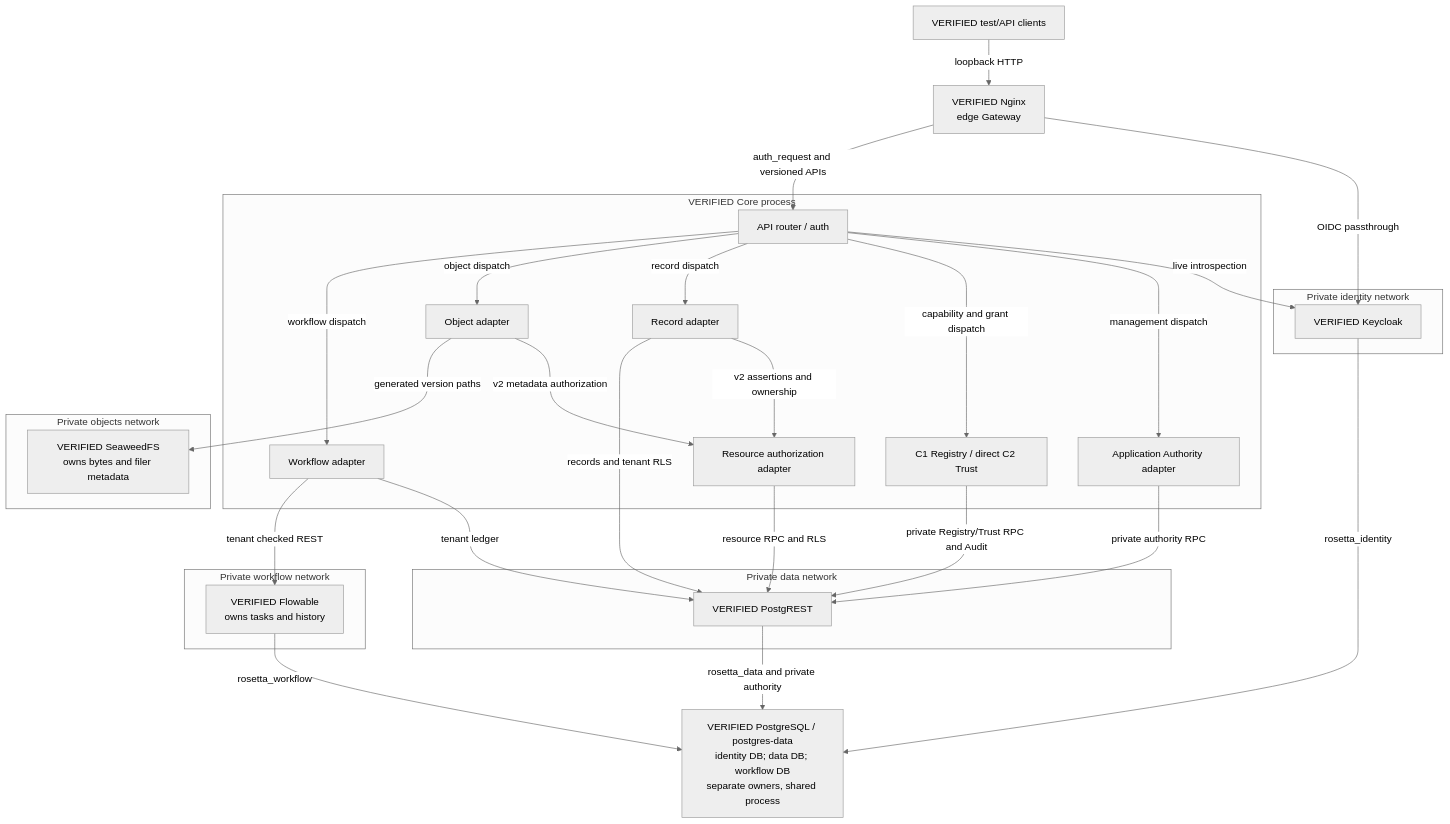
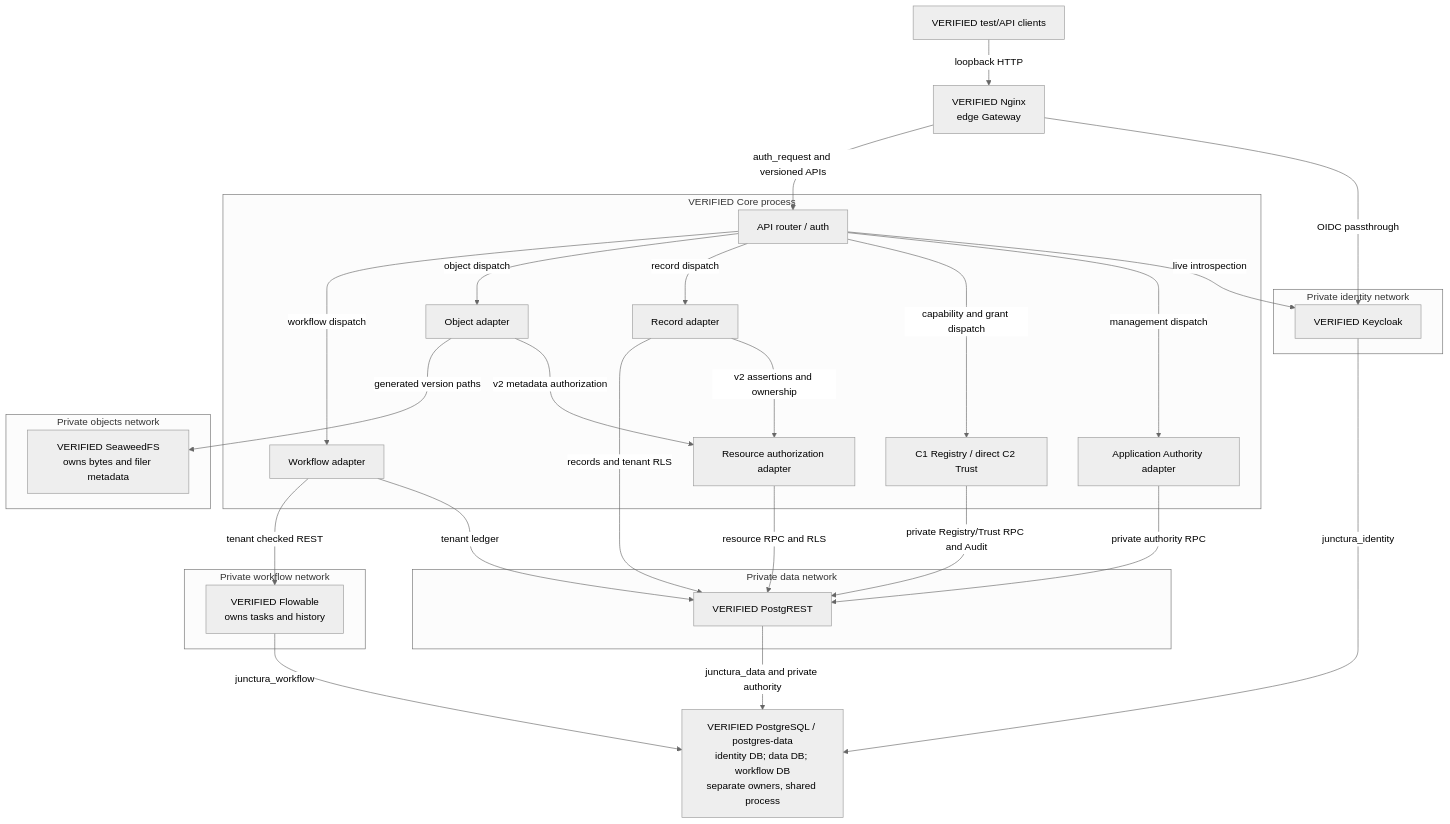
The second of 8 diagrams in docs/architecture/ARCHITECTURE_MAPS.md (NHMNDaizoken/Rosetta), drawn with Mermaid (neutral theme) before and after one commit. The commit also changed other lines of this file and 165 other files, not shown here.

Commit message:
refactor!: rename Rosetta to Junctura across code, database, realm and URNs

````diff
--- a/docs/architecture/ARCHITECTURE_MAPS.md
+++ b/docs/architecture/ARCHITECTURE_MAPS.md
@@ -49,46 +49,46 @@
 ```mermaid
 flowchart TB
   TEST["VERIFIED test/API clients"] -->|loopback HTTP| NG["VERIFIED Nginx<br/>edge Gateway"]
   subgraph CORE["VERIFIED Core process"]
     RT["API router / auth"]
     AA["Application Authority adapter"]
     RA["Resource authorization adapter"]
     CR["C1 Registry / direct C2 Trust"]
     DA["Record adapter"]
     OA["Object adapter"]
     WA["Workflow adapter"]
   end
   subgraph ID["Private identity network"]
     KC["VERIFIED Keycloak"]
   end
   subgraph DN["Private data network"]
     PR["VERIFIED PostgREST"]
   end
   subgraph ON["Private objects network"]
     SW["VERIFIED SeaweedFS<br/>owns bytes and filer metadata"]
   end
   subgraph WN["Private workflow network"]
     FL["VERIFIED Flowable<br/>owns tasks and history"]
   end
   PG["VERIFIED PostgreSQL / postgres-data<br/>identity DB; data DB; workflow DB<br/>separate owners, shared process"]
   NG -->|OIDC passthrough| KC
   NG -->|auth_request and versioned APIs| RT
   RT -->|live introspection| KC
   RT -->|management dispatch| AA
   RT -->|capability and grant dispatch| CR
   CR -->|private Registry/Trust RPC and Audit| PR
   RT -->|record dispatch| DA
   RT -->|object dispatch| OA
   RT -->|workflow dispatch| WA
   DA -->|v2 assertions and ownership| RA
   OA -->|v2 metadata authorization| RA
   RA -->|resource RPC and RLS| PR
   AA -->|private authority RPC| PR
   DA -->|records and tenant RLS| PR
   OA -->|generated version paths| SW
   WA -->|tenant ledger| PR
   WA -->|tenant checked REST| FL
-  KC -->|rosetta_identity| PG
-  PR -->|rosetta_data and private authority| PG
-  FL -->|rosetta_workflow| PG
+  KC -->|junctura_identity| PG
+  PR -->|junctura_data and private authority| PG
+  FL -->|junctura_workflow| PG
 ```
````
